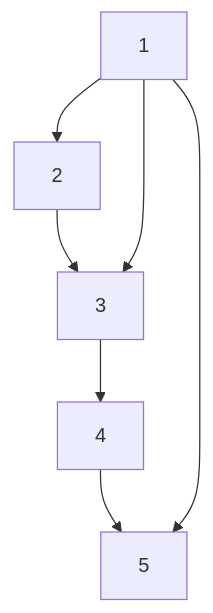
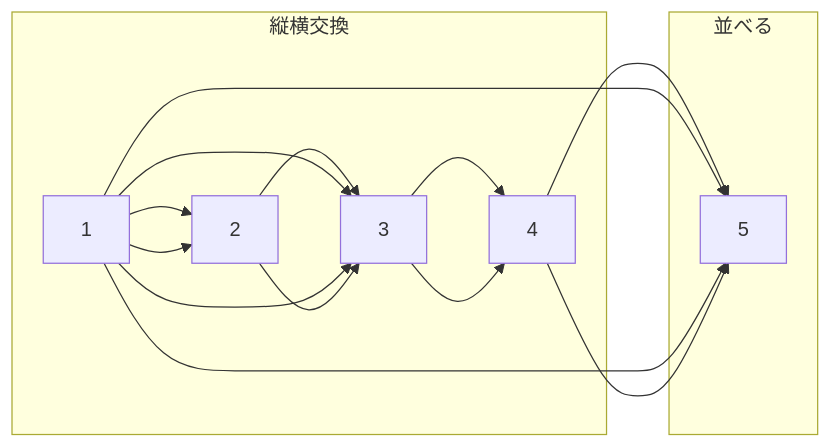
The diagram in Xmascontest2023/A.md (TakumiOtagaki/my_atcoder), drawn with Mermaid before and after one commit.

````diff
--- a/Xmascontest2023/A.md
+++ b/Xmascontest2023/A.md
@@ -111,7 +111,17 @@
 ```mermaid
-graph TD;
+graph LR;
 1 --> 2 --> 3 --> 4 --> 5
 1-->3
 1-->5
+subgraph 縦横交換
+1-->2
+3-->4
+end
+
+subgraph 並べる
+1-->5;4-->5
+1-->3;2-->3
+
+end
 
 ```
````
